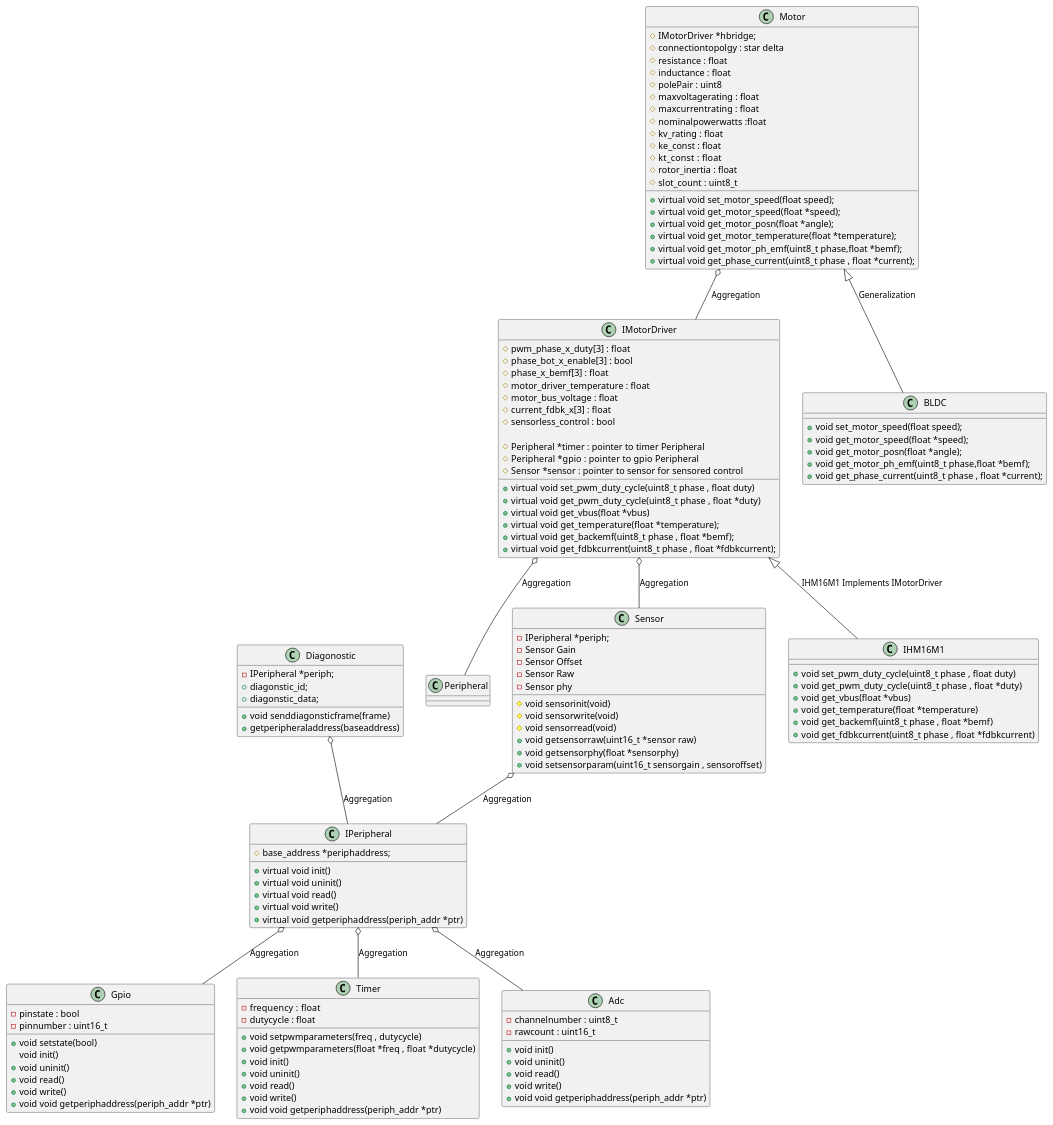
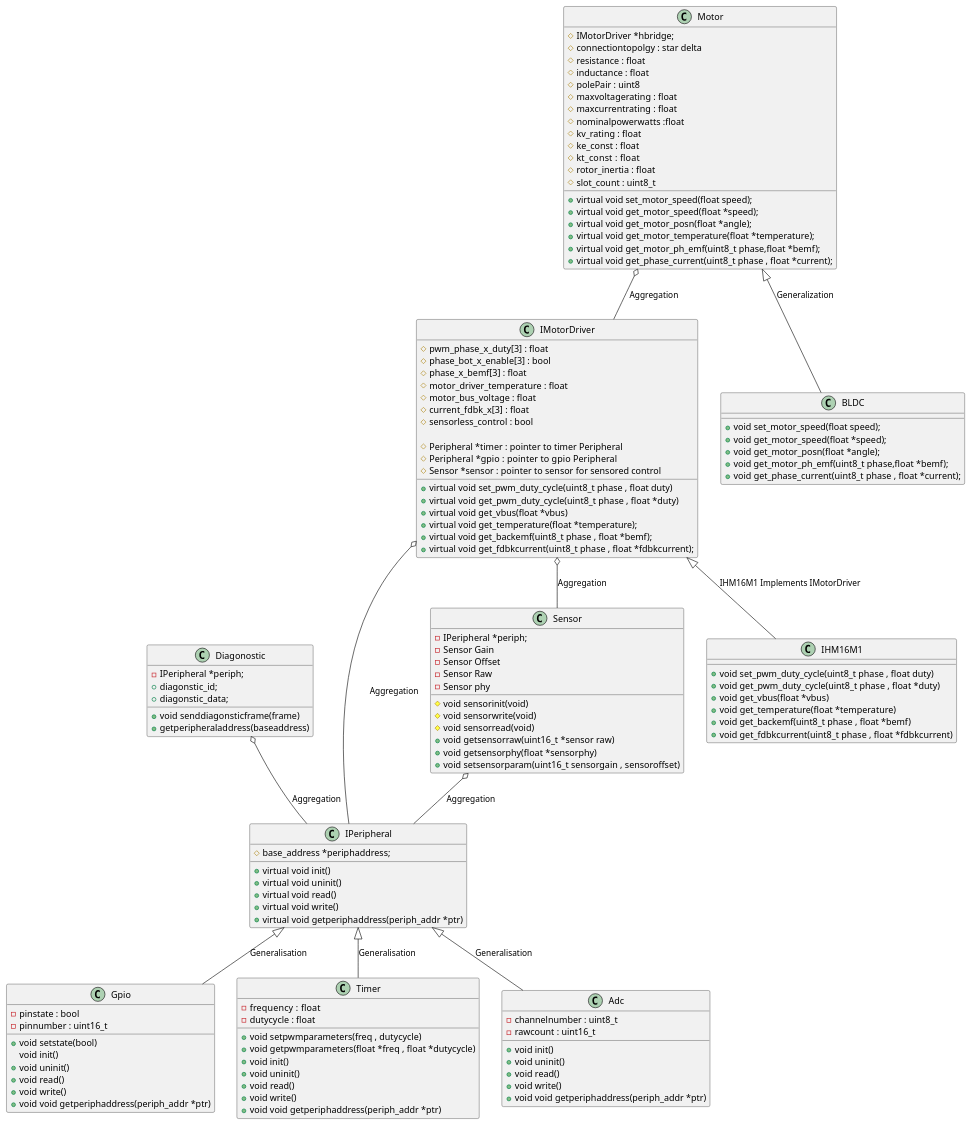
Before and after one commit to rkalyan95/motorcontrol_algorithm_qt_hmi_v0.0: the diagram in motorcontrol_v0.0/App/architecture.wsd, drawn with PlantUML. The commit also changed 6 other files, not shown here.

```diff
--- a/motorcontrol_v0.0/App/architecture.wsd
+++ b/motorcontrol_v0.0/App/architecture.wsd
@@ -1,174 +1,174 @@
 @startuml
 
 /' Things which can change 
 1. the controller can change 
 2. the motor driver ic can change
 3. the motor itself can change
 4. the sensors of temperature can change
 5. current sensors can change
 6. type of control can change sensored or sensorless
 7. most importantly the pins can change
 8. diagonstic telemtry interface can change , 
     uart to can or whatever lin maybe
 9. the peripherals used for different parameters 
    can also change ,adc to spi or something else
 10. clock and timing source can change
 '/
 
 
 class IMotorDriver
 {
     #pwm_phase_x_duty[3] : float
     #phase_bot_x_enable[3] : bool
     #phase_x_bemf[3] : float
     #motor_driver_temperature : float
     #motor_bus_voltage : float
     #current_fdbk_x[3] : float
     #sensorless_control : bool
     
     #Peripheral *timer : pointer to timer Peripheral
     #Peripheral *gpio :  pointer to gpio Peripheral
     #Sensor *sensor : pointer to sensor for sensored control
 
     +virtual void set_pwm_duty_cycle(uint8_t phase , float duty)
     +virtual void get_pwm_duty_cycle(uint8_t phase , float *duty)
     +virtual void get_vbus(float *vbus)
     +virtual void get_temperature(float *temperature);
     +virtual void get_backemf(uint8_t phase , float *bemf);
     +virtual void get_fdbkcurrent(uint8_t phase , float *fdbkcurrent);
 }
 
-IMotorDriver o-- Peripheral : Aggregation
+IMotorDriver o-- IPeripheral : Aggregation
 IMotorDriver o-- Sensor : Aggregation
 
 class IHM16M1 
 {
     +void set_pwm_duty_cycle(uint8_t phase , float duty)
     +void get_pwm_duty_cycle(uint8_t phase , float *duty)
     +void get_vbus(float *vbus)
     +void get_temperature(float *temperature)
     +void get_backemf(uint8_t phase , float *bemf)
     +void get_fdbkcurrent(uint8_t phase , float *fdbkcurrent)
 }
 
 IMotorDriver <|-- IHM16M1 : IHM16M1 Implements IMotorDriver
 
 
 class Motor 
 {
     #IMotorDriver *hbridge;
     #connectiontopolgy : star delta
     #resistance : float
     #inductance : float
     #polePair : uint8
     #maxvoltagerating : float
     #maxcurrentrating : float
     #nominalpowerwatts :float
     #kv_rating : float
     #ke_const : float
     #kt_const  : float
     #rotor_inertia : float
     #slot_count : uint8_t
     +virtual void set_motor_speed(float speed);
     +virtual void get_motor_speed(float *speed);
     +virtual void get_motor_posn(float *angle);
     +virtual void get_motor_temperature(float *temperature);
     +virtual void get_motor_ph_emf(uint8_t phase,float *bemf);
     +virtual void get_phase_current(uint8_t phase , float *current);
 }
 
 
 class BLDC
 {
     +void set_motor_speed(float speed);
     +void get_motor_speed(float *speed);
     +void get_motor_posn(float *angle);
     +void get_motor_ph_emf(uint8_t phase,float *bemf);
     +void get_phase_current(uint8_t phase , float *current);
 }
 
 
 Motor o-- IMotorDriver : Aggregation
 Motor <|-- BLDC : Generalization
 
 class Sensor
 {
     -IPeripheral *periph;
     -Sensor Gain
     -Sensor Offset
     -Sensor Raw
     -Sensor phy
      
     #void sensorinit(void)
     #void sensorwrite(void)
     #void sensorread(void)
     +void getsensorraw(uint16_t *sensor raw)
     +void getsensorphy(float *sensorphy)
     +void setsensorparam(uint16_t sensorgain , sensoroffset)
 }
 
 Sensor o-- IPeripheral : Aggregation
 
 class Diagonostic 
 {
     -IPeripheral *periph;
     +diagonstic_id;
     +diagonstic_data;
 
     +void senddiagonsticframe(frame)
     +getperipheraladdress(baseaddress)
 }
 
 Diagonostic o-- IPeripheral : Aggregation
 
 class IPeripheral 
 {
        #base_address *periphaddress;
        +virtual void init()
        +virtual void uninit()
        +virtual void read()
        +virtual void write()
        +virtual void getperiphaddress(periph_addr *ptr)
 }
 
 class Gpio 
 {
        -pinstate : bool
        -pinnumber : uint16_t
        +void setstate(bool)
        void init()
        +void uninit()
        +void read()
        +void write()
        +void void getperiphaddress(periph_addr *ptr)
 }
 
 class Timer
 {
        -frequency :  float
        -dutycycle : float
        +void setpwmparameters(freq , dutycycle)
        +void getpwmparameters(float *freq , float *dutycycle)
        +void init()
        +void uninit()
        +void read()
        +void write()
        +void void getperiphaddress(periph_addr *ptr)
 }
 
 class Adc
 {
        -channelnumber : uint8_t
        -rawcount : uint16_t
        +void init()
        +void uninit()
        +void read()
        +void write()
        +void void getperiphaddress(periph_addr *ptr)
 }
 
-IPeripheral o-- Gpio : Aggregation
-IPeripheral o-- Timer : Aggregation
-IPeripheral o-- Adc : Aggregation
+IPeripheral <|-- Gpio : Generalisation
+IPeripheral <|-- Timer : Generalisation
+IPeripheral <|-- Adc : Generalisation
 
 @enduml
```
